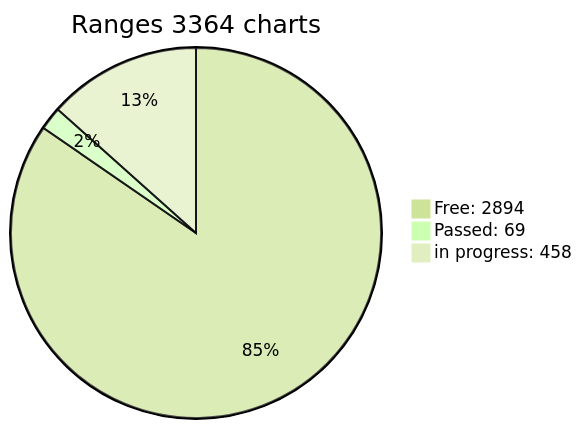
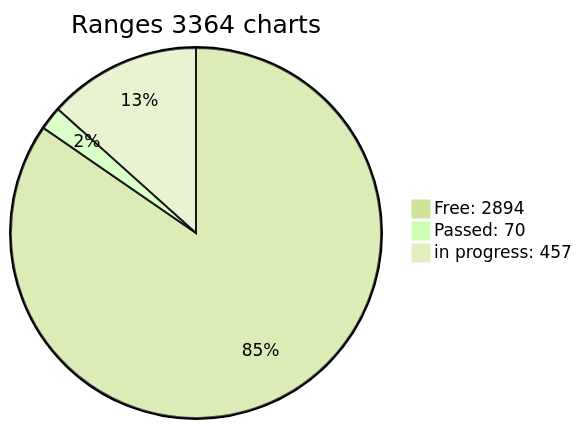
Before and after one commit to phrutis/wif500: the diagram in x64/Release/table.md, drawn with Mermaid (forest theme). The commit also changed other lines of this file, not shown here.

````diff
--- a/x64/Release/table.md
+++ b/x64/Release/table.md
@@ -3,6 +3,6 @@
 ```mermaid
 pie title Ranges 3364 charts
 "Free: 2894" : 2894
-"Passed: 69" : 69
-"in progress: 458" : 458
+"Passed: 70" : 70
+"in progress: 457" : 457
 ``` 
````
